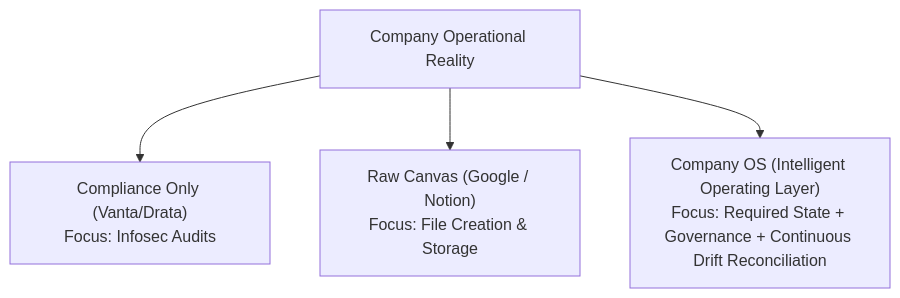
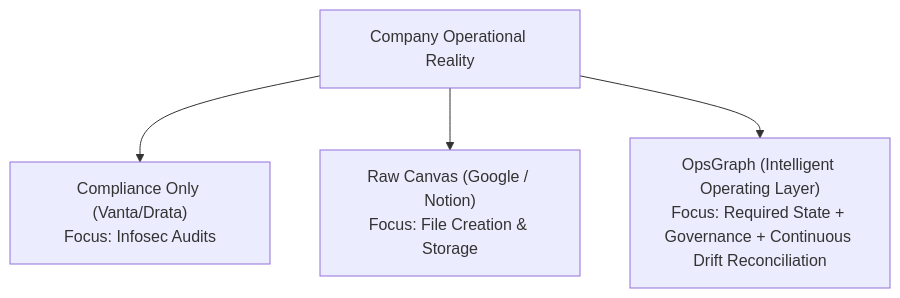
One commit to creova-gif/opsgraph changed the diagram in evidence-room/06-research/competitor-matrix.md. Above: the diagram before and after it, drawn with Mermaid. The commit also changed other lines of this file and 40 other files, not shown here.

````diff
--- a/evidence-room/06-research/competitor-matrix.md
+++ b/evidence-room/06-research/competitor-matrix.md
@@ -21,6 +21,6 @@
 ```mermaid
 graph TD
     A["Company Operational Reality"] --> B["Compliance Only (Vanta/Drata)\nFocus: Infosec Audits"]
     A --> C["Raw Canvas (Google / Notion)\nFocus: File Creation & Storage"]
-    A --> D["Company OS (Intelligent Operating Layer)\nFocus: Required State + Governance + Continuous Drift Reconciliation"]
+    A --> D["OpsGraph (Intelligent Operating Layer)\nFocus: Required State + Governance + Continuous Drift Reconciliation"]
 ```
````
